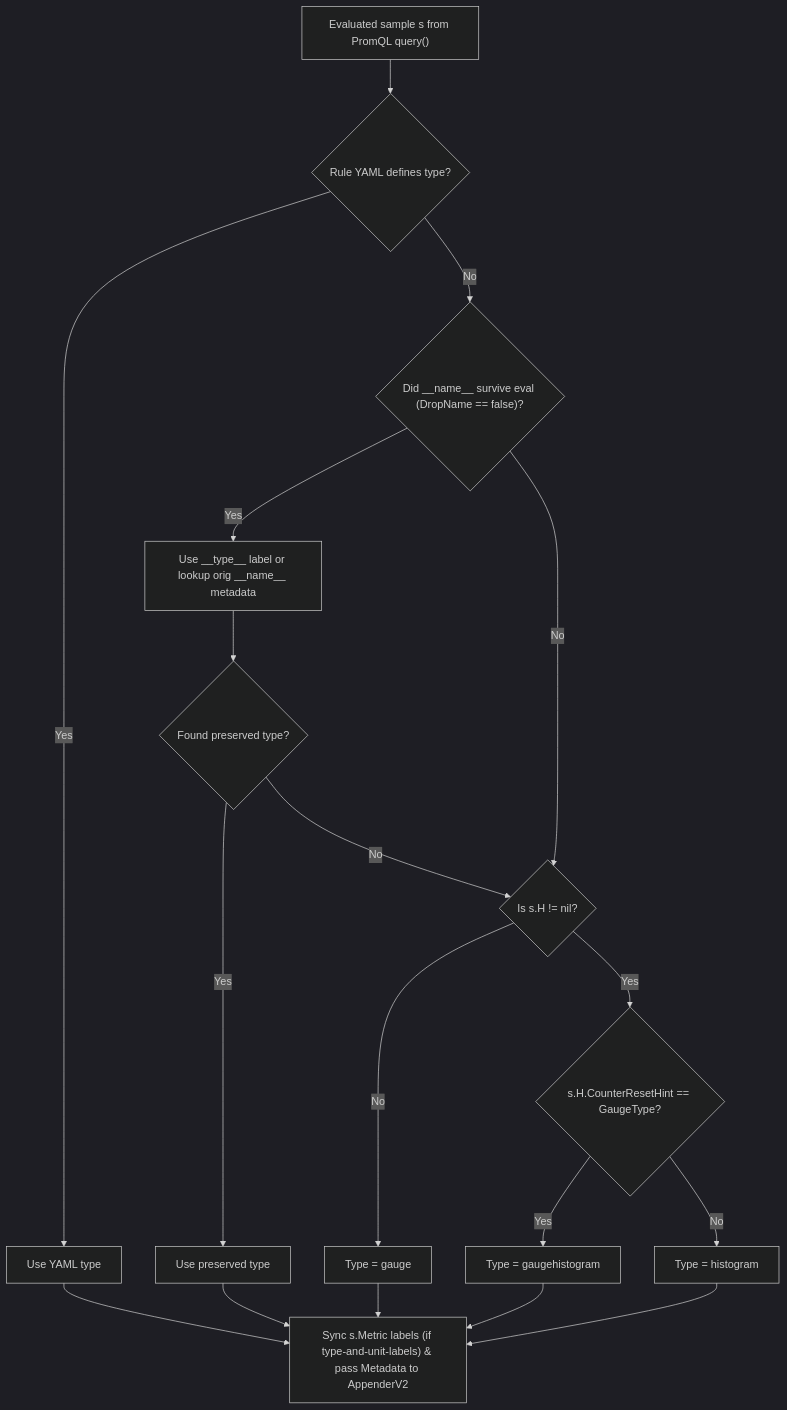
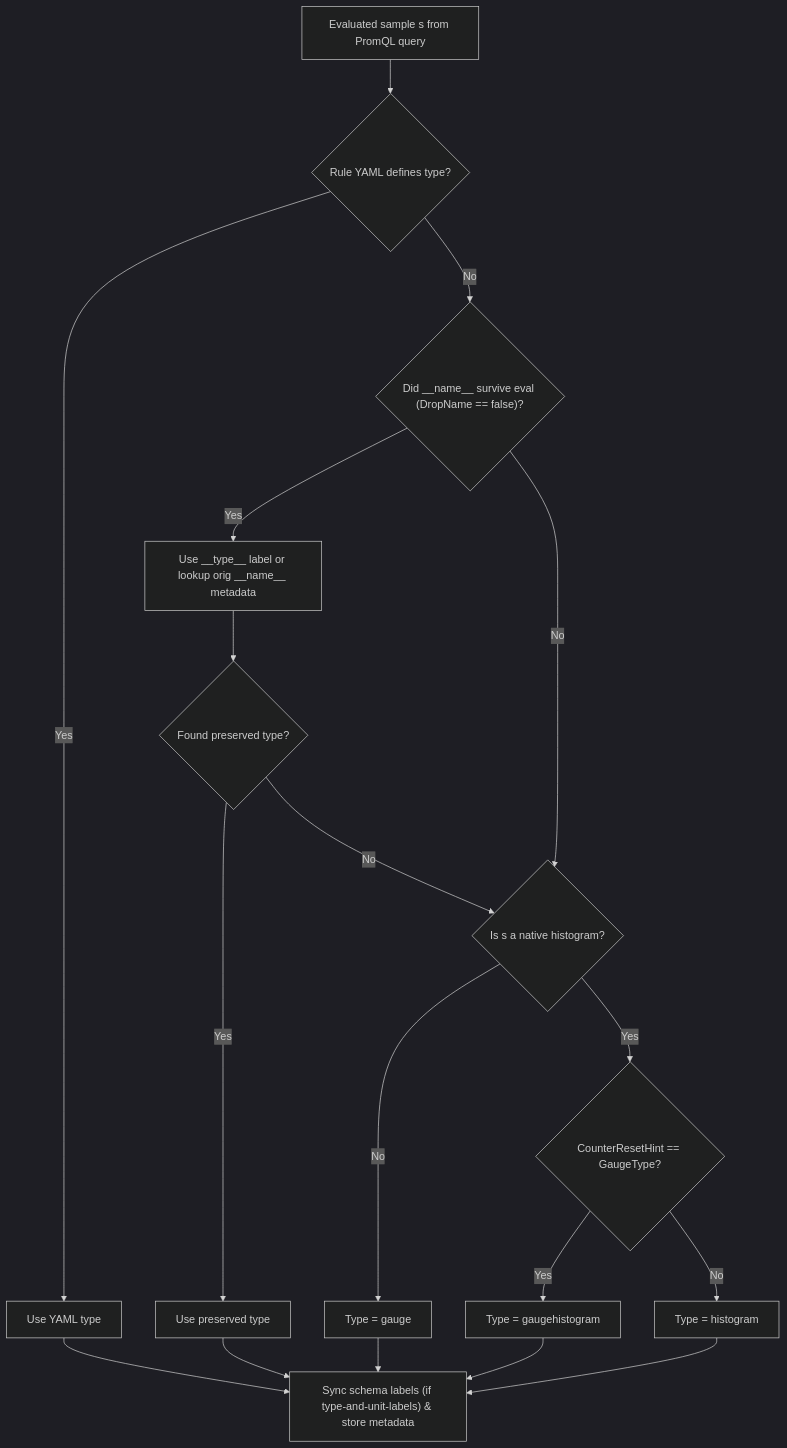
Before and after one commit to prometheus/proposals: the diagram in proposals/0103-recording-rule-metadata.md, drawn with Mermaid (dark theme). The commit also changed other lines of this file, not shown here.

Commit message:
Address review comment: remove Appender and coding details to focus on algorithm

````diff
--- a/proposals/0103-recording-rule-metadata.md
+++ b/proposals/0103-recording-rule-metadata.md
@@ -100,20 +100,20 @@
 ```mermaid
 flowchart TD
-    A["Evaluated sample s from PromQL query()"] --> B{"Rule YAML defines type?"}
+    A["Evaluated sample s from PromQL query"] --> B{"Rule YAML defines type?"}
     B -- Yes --> C["Use YAML type"]
     B -- No --> D{"Did __name__ survive eval (DropName == false)?"}
     D -- Yes --> E["Use __type__ label or lookup orig __name__ metadata"]
     E --> F{"Found preserved type?"}
     F -- Yes --> G["Use preserved type"]
-    F -- No --> H{"Is s.H != nil?"}
+    F -- No --> H{"Is s a native histogram?"}
     D -- No --> H
     H -- No --> I["Type = gauge"]
-    H -- Yes --> J{"s.H.CounterResetHint == GaugeType?"}
+    H -- Yes --> J{"CounterResetHint == GaugeType?"}
     J -- Yes --> K["Type = gaugehistogram"]
     J -- No --> L["Type = histogram"]
-    C --> M["Sync s.Metric labels (if type-and-unit-labels) & pass Metadata to AppenderV2"]
+    C --> M["Sync schema labels (if type-and-unit-labels) & store metadata"]
     G --> M
     I --> M
     K --> M
     L --> M
 ```
````
